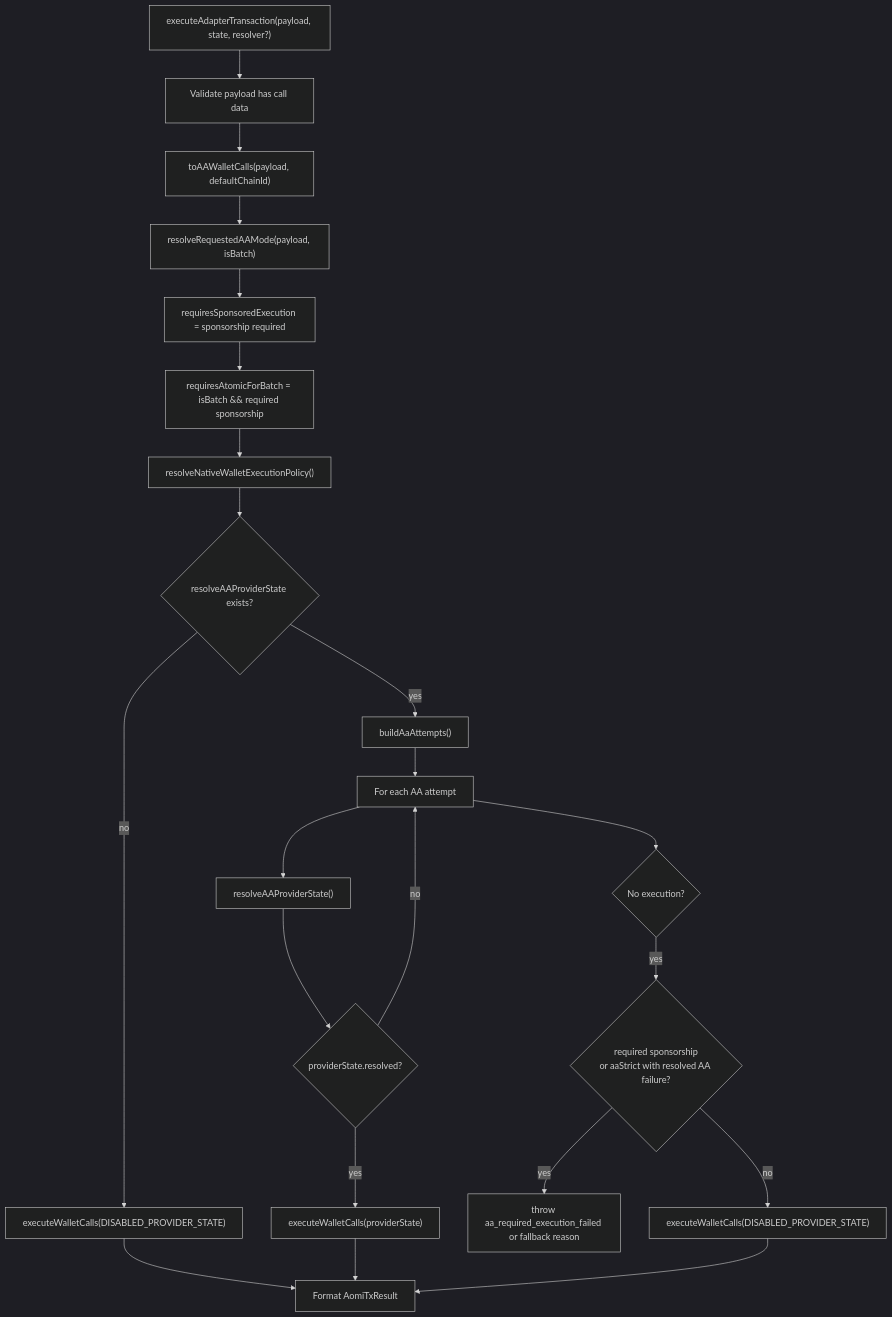
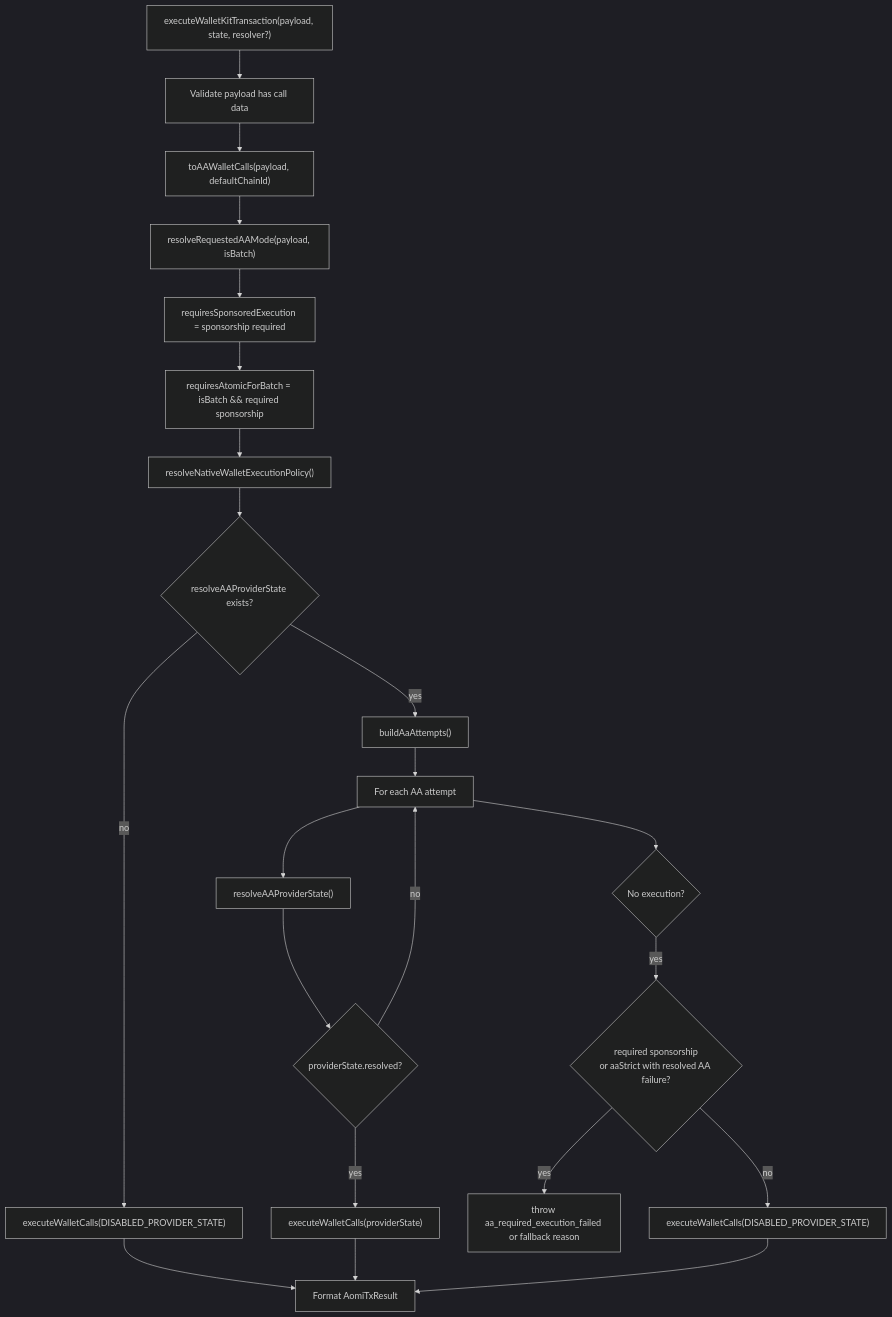
Before and after one commit to aomi-labs/aomi-widget: diagram 11 of 24 in specs/WALLET-ADAPTERS-ARCH.md, drawn with Mermaid (dark theme). The commit also changed other lines of this file and 200 other files, not shown here.

````diff
--- a/specs/WALLET-ADAPTERS-ARCH.md
+++ b/specs/WALLET-ADAPTERS-ARCH.md
@@ -677,32 +677,32 @@
 ```mermaid
 flowchart TD
-  Start["executeAdapterTransaction(payload, state, resolver?)"]
+  Start["executeWalletKitTransaction(payload, state, resolver?)"]
   Validate["Validate payload has call data"]
   Calls["toAAWalletCalls(payload, defaultChainId)"]
   RequestMode["resolveRequestedAAMode(payload, isBatch)"]
   RequiredSponsor["requiresSponsoredExecution = sponsorship required"]
   AtomicRequired["requiresAtomicForBatch = isBatch && required sponsorship"]
   NativePolicy["resolveNativeWalletExecutionPolicy()"]
   Resolver{"resolveAAProviderState exists?"}
   Attempts["buildAaAttempts()"]
   NoAttempts["executeWalletCalls(DISABLED_PROVIDER_STATE)"]
   AttemptLoop["For each AA attempt"]
   ResolveAA["resolveAAProviderState()"]
   HasAA{"providerState.resolved?"}
   ExecuteAA["executeWalletCalls(providerState)"]
   Failed{"No execution?"}
   StrictFail{"required sponsorship<br/>or aaStrict with resolved AA failure?"}
   Throw["throw aa_required_execution_failed or fallback reason"]
   Fallback["executeWalletCalls(DISABLED_PROVIDER_STATE)"]
   Result["Format AomiTxResult"]
 
   Start --> Validate --> Calls --> RequestMode --> RequiredSponsor --> AtomicRequired --> NativePolicy --> Resolver
   Resolver -- no --> NoAttempts --> Result
   Resolver -- yes --> Attempts --> AttemptLoop --> ResolveAA --> HasAA
   HasAA -- no --> AttemptLoop
   HasAA -- yes --> ExecuteAA --> Result
   AttemptLoop --> Failed
   Failed -- yes --> StrictFail
   StrictFail -- yes --> Throw
   StrictFail -- no --> Fallback --> Result
 ```
````
